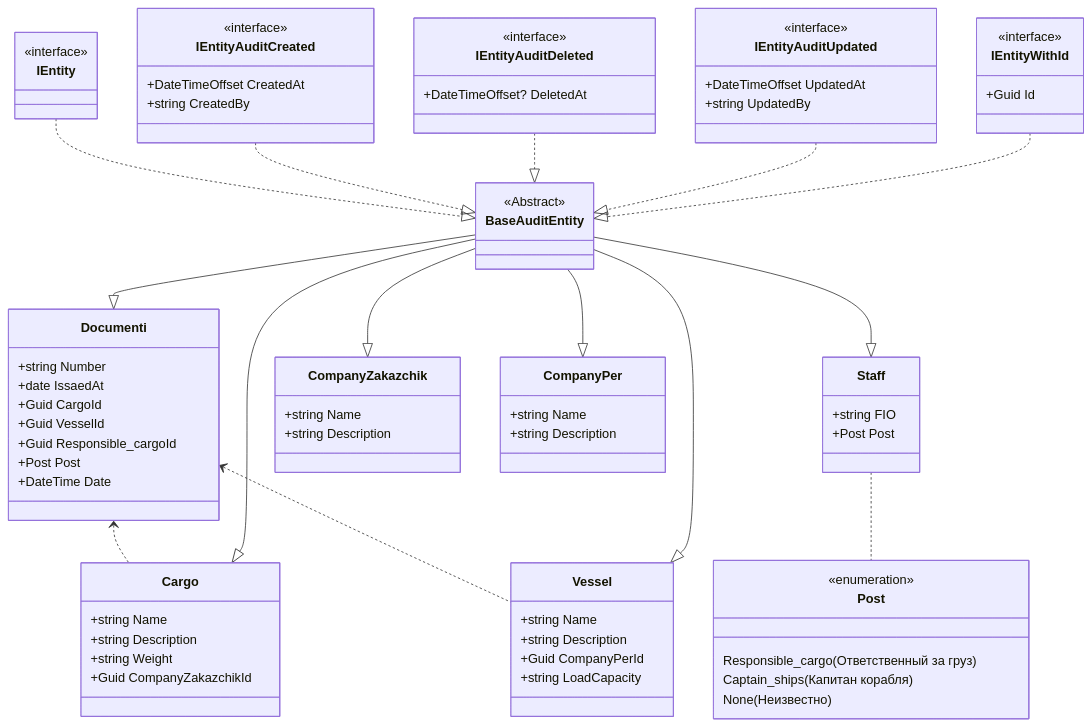
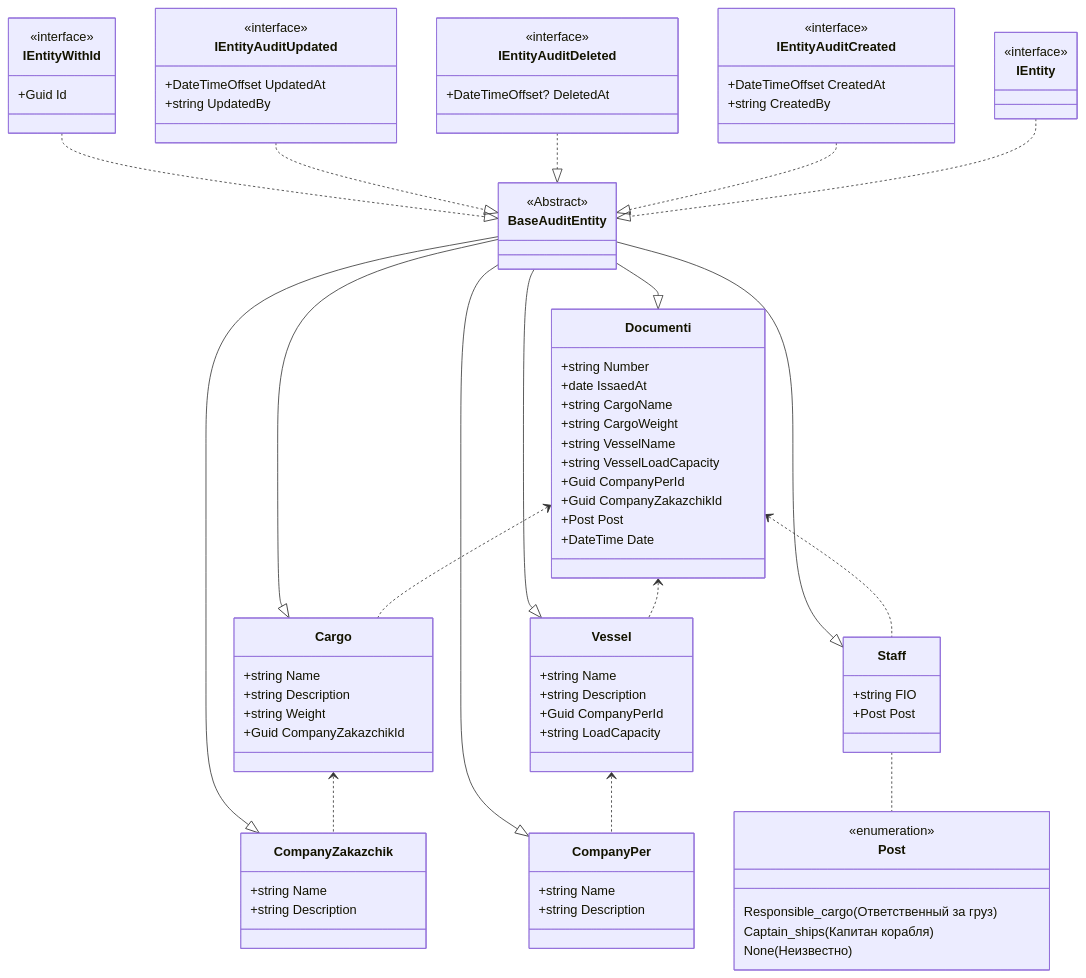
The diagram in README.md (AlexanderKisel/PortKisel), drawn with Mermaid before and after one commit.

```diff
--- a/README.md
+++ b/README.md
@@ -5,6 +5,9 @@
     classDiagram
     Documenti <.. Cargo
     Documenti <.. Vessel
+    Documenti <.. Staff
+    Cargo <.. CompanyZakazchik
+    Vessel <..CompanyPer
     Staff .. Post
     BaseAuditEntity --|> Cargo
     BaseAuditEntity --|> Vessel
@@ -66,9 +69,12 @@
     class Documenti {
         +string Number
         +date IssaedAt
-        +Guid CargoId 
-        +Guid VesselId
-        +Guid Responsible_cargoId
+        +string CargoName 
+        +string CargoWeight
+        +string VesselName
+        +string VesselLoadCapacity
+        +Guid CompanyPerId
+        +Guid CompanyZakazchikId
         +Post Post
         +DateTime Date
     }
```
